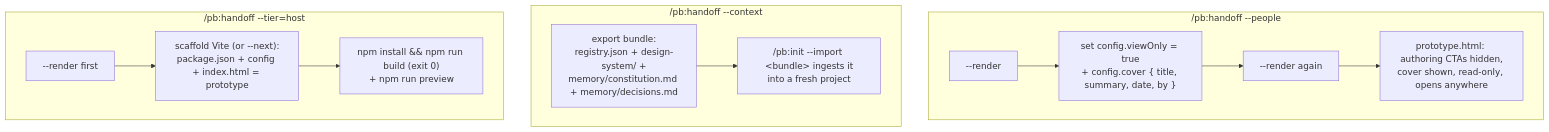
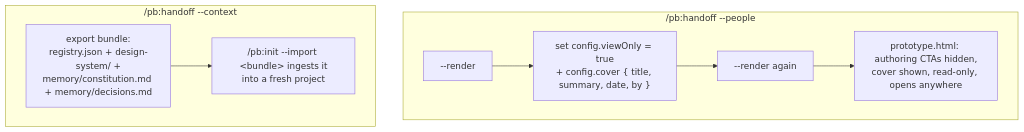
One commit to danhnbui/prototype-builder changed the fourth of 4 diagrams in docs/data-flow.md. Above: the diagram before and after it, drawn with Mermaid. The commit also changed other lines of this file and 32 other files, not shown here.

First line of the commit message:
feat(handoff)!: retire mode 2 (engineering) and the --tier builds

````diff
--- a/docs/data-flow.md
+++ b/docs/data-flow.md
@@ -138,16 +138,12 @@
 ```mermaid
 flowchart TD
   subgraph people["/pb:handoff --people"]
     PP1["--render"] --> PP2["set config.viewOnly = true<br/>+ config.cover { title, summary, date, by }"]
     PP2 --> PP3["--render again"]
     PP3 --> PP4["prototype.html: authoring CTAs hidden,<br/>cover shown, read-only, opens anywhere"]
   end
   subgraph ctx["/pb:handoff --context"]
     CX1["export bundle:<br/>registry.json + design-system/ +<br/>memory/constitution.md + memory/decisions.md"]
     CX1 --> CX2["/pb:init --import &lt;bundle&gt; ingests it<br/>into a fresh project"]
   end
-  subgraph val["/pb:handoff --tier=host"]
-    V1["--render first"] --> V2["scaffold Vite (or --next):<br/>package.json + config + index.html = prototype"]
-    V2 --> V3["npm install && npm run build (exit 0)<br/>+ npm run preview"]
-  end
 ```
````
